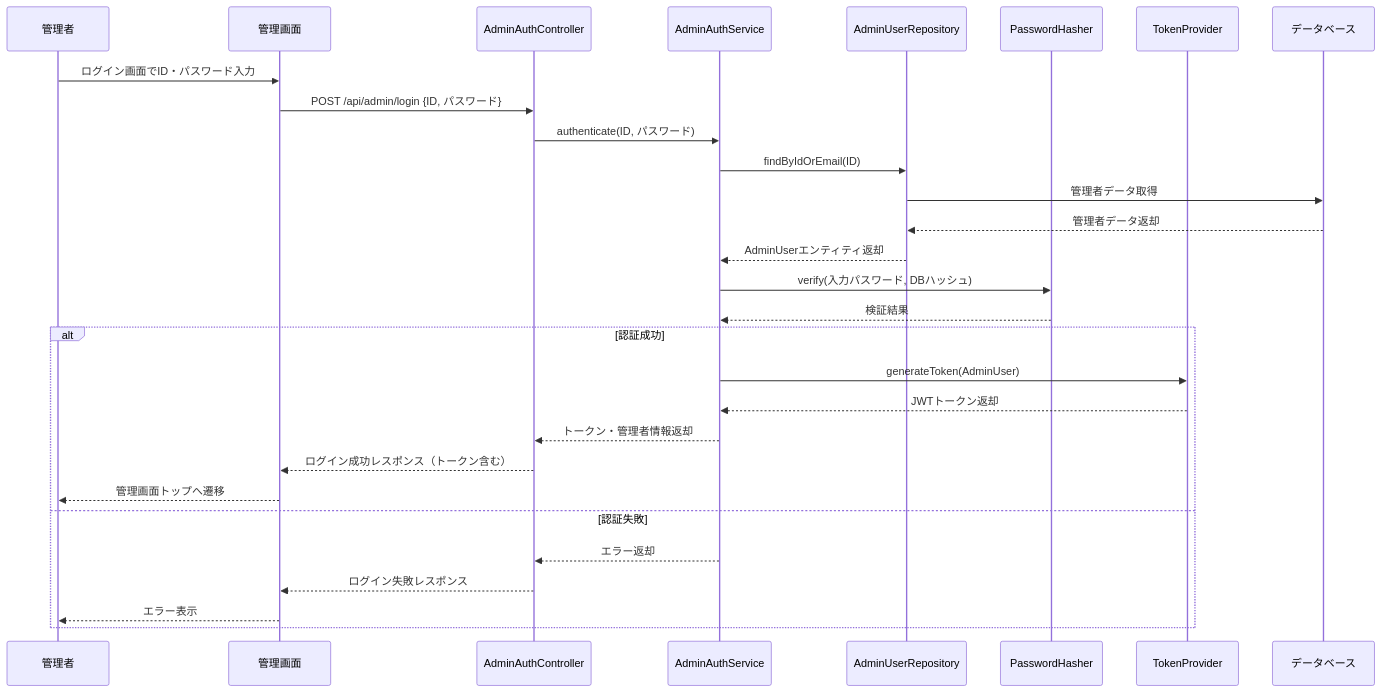
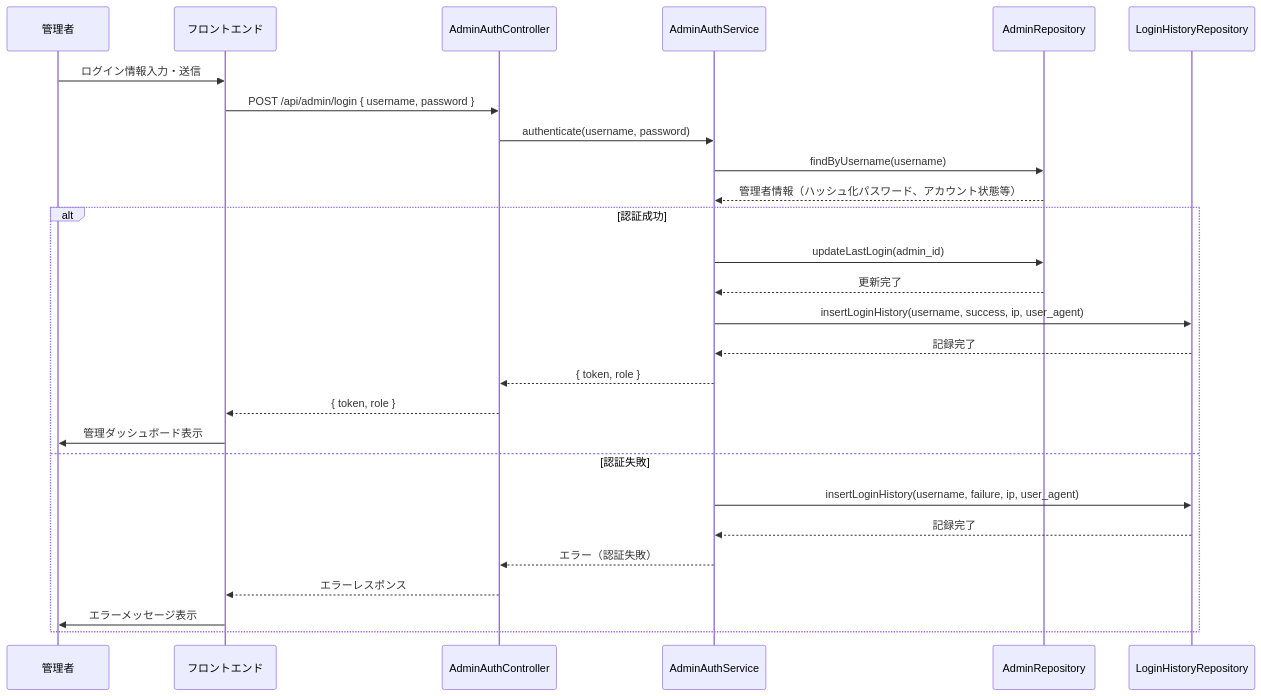
Diagram 33 of 39 in 詳細設計/担当B_村田/3.2 機能詳細.md (Aoi-Yaegashi/teamF), drawn with Mermaid before and after one commit. The commit also changed other lines of this file and 1 other file, not shown here.

```diff
--- a/詳細設計/担当B_村田/3.2 機能詳細.md
+++ b/詳細設計/担当B_村田/3.2 機能詳細.md
@@ -1126,32 +1304,55 @@
    <div class="mermaid">
    sequenceDiagram
-    participant AdminUser as 管理者
-    participant AdminBrowser as 管理画面
-    participant AdminAuthController as AdminAuthController
-    participant AdminAuthService as AdminAuthService
-    participant AdminUserRepo as AdminUserRepository
-    participant PasswordHasher as PasswordHasher
-    participant TokenProvider as TokenProvider
-    participant DB as データベース
+    participant Admin as 管理者
+    participant FE as フロントエンド
+    participant AdminC as AdminAuthController
+    participant AdminS as AdminAuthService
+    participant AdminRepo as AdminRepository
+    participant LogRepo as LoginHistoryRepository
 
-    AdminUser->>AdminBrowser: ログイン画面でID・パスワード入力
-    AdminBrowser->>AdminAuthController: POST /api/admin/login {ID, パスワード}
-    AdminAuthController->>AdminAuthService: authenticate(ID, パスワード)
-    AdminAuthService->>AdminUserRepo: findByIdOrEmail(ID)
-    AdminUserRepo->>DB: 管理者データ取得
-    DB-->>AdminUserRepo: 管理者データ返却
-    AdminUserRepo-->>AdminAuthService: AdminUserエンティティ返却
-    AdminAuthService->>PasswordHasher: verify(入力パスワード, DBハッシュ)
-    PasswordHasher-->>AdminAuthService: 検証結果
+    %% 1. 管理者がログイン画面でID・パスワードを入力し送信
+    Admin->>FE: ログイン情報入力・送信
+
+    %% 2. フロントエンドがAPI呼び出し
+    FE->>AdminC: POST /api/admin/login { username, password }
+
+    %% 3. コントローラがサービスに処理を依頼
+    AdminC->>AdminS: authenticate(username, password)
+
+    %% 4. サービスが管理者情報を取得
+    AdminS->>AdminRepo: findByUsername(username)
+    AdminRepo-->>AdminS: 管理者情報（ハッシュ化パスワード、アカウント状態等）
+
+    %% 5. サービスがパスワード照合・アカウント状態チェック
     alt 認証成功
-        AdminAuthService->>TokenProvider: generateToken(AdminUser)
-        TokenProvider-->>AdminAuthService: JWTトークン返却
-        AdminAuthService-->>AdminAuthController: トークン・管理者情報返却
-        AdminAuthController-->>AdminBrowser: ログイン成功レスポンス（トークン含む）
-        AdminBrowser-->>AdminUser: 管理画面トップへ遷移
+        %% 6. サービスが最終ログイン日時更新
+        AdminS->>AdminRepo: updateLastLogin(admin_id)
+        AdminRepo-->>AdminS: 更新完了
+
+        %% 7. サービスがログイン履歴を記録
+        AdminS->>LogRepo: insertLoginHistory(username, success, ip, user_agent)
+        LogRepo-->>AdminS: 記録完了
+
+        %% 8. サービスがトークン・権限情報を生成
+        AdminS-->>AdminC: { token, role }
+
+        %% 9. コントローラがフロントエンドに返却
+        AdminC-->>FE: { token, role }
+
+        %% 10. フロントエンドが管理ダッシュボードへ遷移
+        FE->>Admin: 管理ダッシュボード表示
     else 認証失敗
-        AdminAuthService-->>AdminAuthController: エラー返却
-        AdminAuthController-->>AdminBrowser: ログイン失敗レスポンス
-        AdminBrowser-->>AdminUser: エラー表示
+        %% 6. サービスがログイン履歴を記録
+        AdminS->>LogRepo: insertLoginHistory(username, failure, ip, user_agent)
+        LogRepo-->>AdminS: 記録完了
+
+        %% 7. サービスがエラー返却
+        AdminS-->>AdminC: エラー（認証失敗）
+
+        %% 8. コントローラがフロントエンドに返却
+        AdminC-->>FE: エラーレスポンス
+
+        %% 9. フロントエンドがエラーメッセージ表示
+        FE->>Admin: エラーメッセージ表示
     end
 </div>
```
